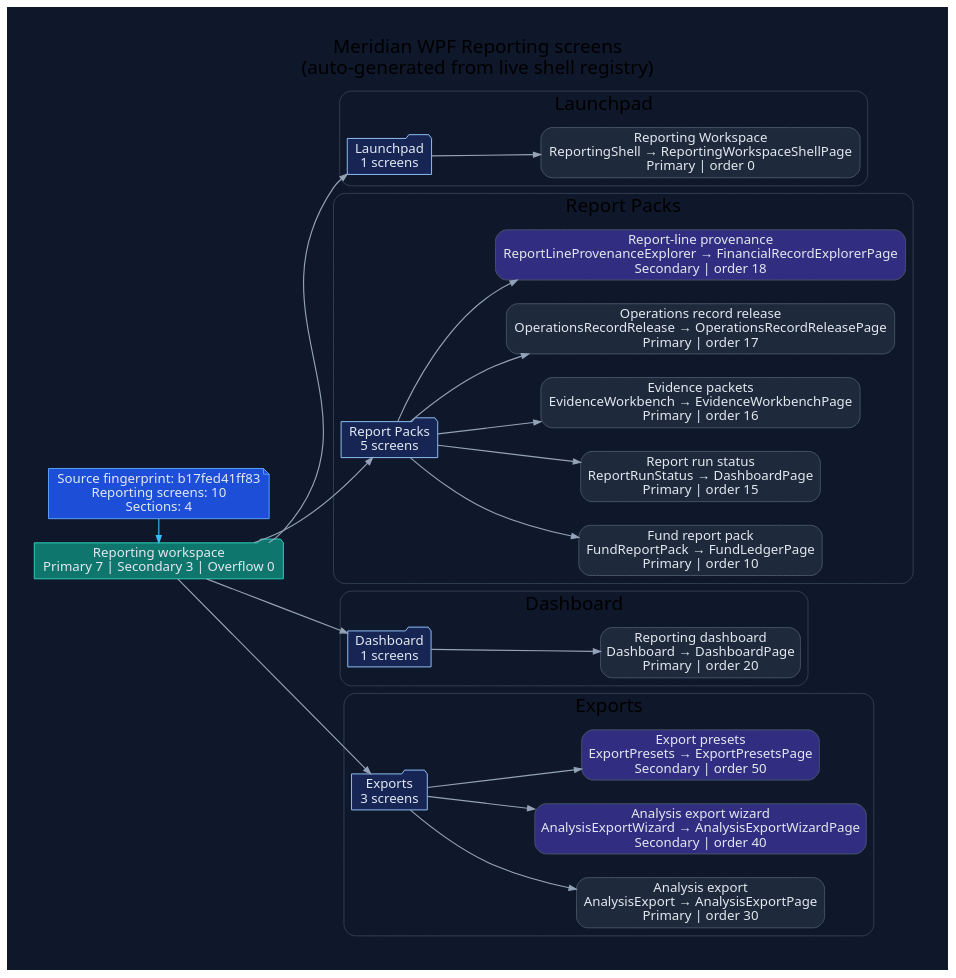
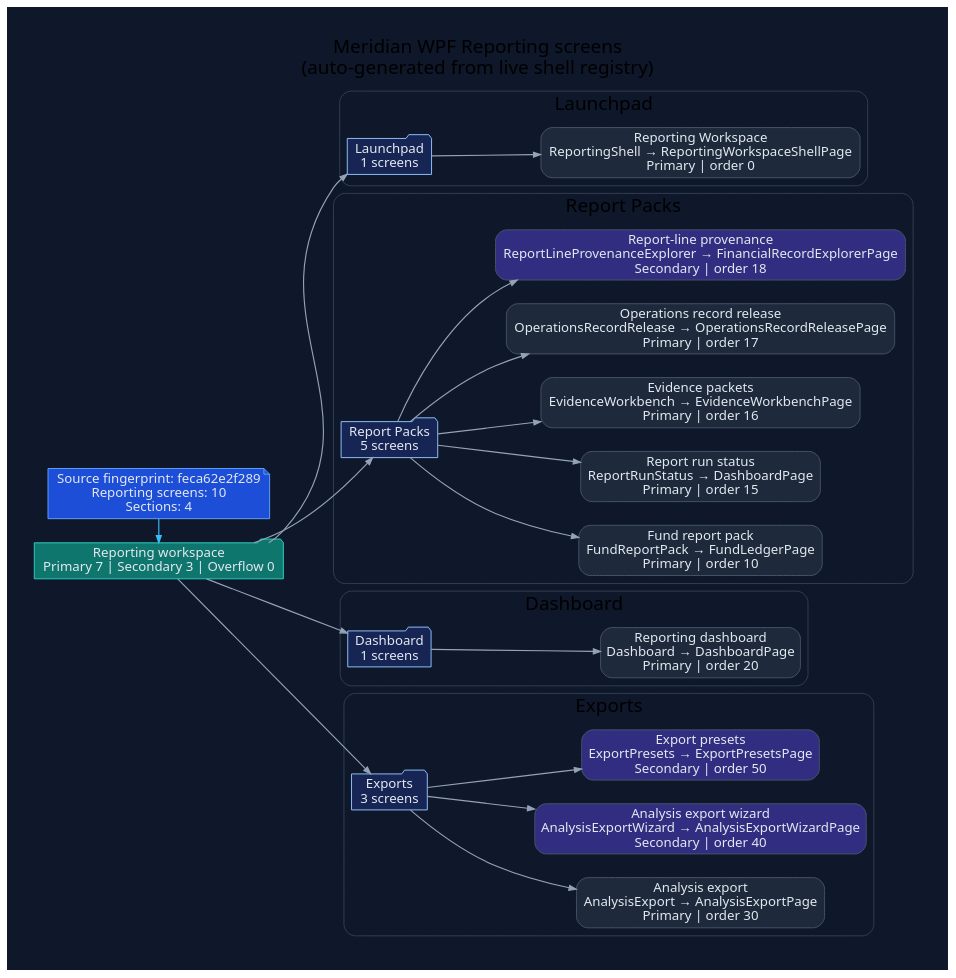
Before and after one commit to rodoHasArrived/Meridian-main: the diagram in docs/diagrams/ui/ui-wpf-screens-reporting.dot, drawn with Graphviz. The commit also changed 46 other files, not shown here.

Commit message:
Refresh generated lifecycle API documentation and diagrams

```diff
--- a/docs/diagrams/ui/ui-wpf-screens-reporting.dot
+++ b/docs/diagrams/ui/ui-wpf-screens-reporting.dot
@@ -1,78 +1,78 @@
 // -----------------------------------------------------------------------------
 // <auto-generated>
 // Generated by scripts/generate-diagrams.mjs.
 // Do not edit this file directly; update the WPF source files instead.
 // -----------------------------------------------------------------------------
 digraph WpfReportingScreens {
   graph [
     rankdir=LR,
     labelloc=t,
     label="Meridian WPF Reporting screens\n(auto-generated from live shell registry)",
     fontname="Segoe UI",
     fontsize=20,
     pad=0.4,
     nodesep=0.35,
     ranksep=0.85,
     bgcolor="#0f172a"
   ];
   node [fontname="Segoe UI", shape=box, style="rounded,filled", color="#475569", fontcolor="#e2e8f0", fillcolor="#1e293b"];
   edge [fontname="Segoe UI", color="#94a3b8", penwidth=1.2, arrowsize=0.75];
 
-  generated [shape=note, fillcolor="#1d4ed8", color="#60a5fa", label="Source fingerprint: b17fed41ff83\nReporting screens: 10\nSections: 4"];
+  generated [shape=note, fillcolor="#1d4ed8", color="#60a5fa", label="Source fingerprint: feca62e2f289\nReporting screens: 10\nSections: 4"];
   workspace [shape=folder, fillcolor="#0f766e", color="#2dd4bf", label="Reporting workspace\nPrimary 7 | Secondary 3 | Overflow 0"];
   generated -> workspace [color="#38bdf8"];
 
   subgraph cluster_section_1 {
     label="Launchpad";
     color="#334155";
     style="rounded";
     section_1 [shape=folder, fillcolor="#172554", color="#93c5fd", label="Launchpad\n1 screens"];
     workspace -> section_1;
     screen_ReportingShell [fillcolor="#1e293b", label="Reporting Workspace\nReportingShell → ReportingWorkspaceShellPage\nPrimary | order 0"];
     section_1 -> screen_ReportingShell;
   }
 
   subgraph cluster_section_2 {
     label="Report Packs";
     color="#334155";
     style="rounded";
     section_2 [shape=folder, fillcolor="#172554", color="#93c5fd", label="Report Packs\n5 screens"];
     workspace -> section_2;
     screen_FundReportPack [fillcolor="#1e293b", label="Fund report pack\nFundReportPack → FundLedgerPage\nPrimary | order 10"];
     section_2 -> screen_FundReportPack;
     screen_ReportRunStatus [fillcolor="#1e293b", label="Report run status\nReportRunStatus → DashboardPage\nPrimary | order 15"];
     section_2 -> screen_ReportRunStatus;
     screen_EvidenceWorkbench [fillcolor="#1e293b", label="Evidence packets\nEvidenceWorkbench → EvidenceWorkbenchPage\nPrimary | order 16"];
     section_2 -> screen_EvidenceWorkbench;
     screen_OperationsRecordRelease [fillcolor="#1e293b", label="Operations record release\nOperationsRecordRelease → OperationsRecordReleasePage\nPrimary | order 17"];
     section_2 -> screen_OperationsRecordRelease;
     screen_ReportLineProvenanceExplorer [fillcolor="#312e81", label="Report-line provenance\nReportLineProvenanceExplorer → FinancialRecordExplorerPage\nSecondary | order 18"];
     section_2 -> screen_ReportLineProvenanceExplorer;
   }
 
   subgraph cluster_section_3 {
     label="Dashboard";
     color="#334155";
     style="rounded";
     section_3 [shape=folder, fillcolor="#172554", color="#93c5fd", label="Dashboard\n1 screens"];
     workspace -> section_3;
     screen_Dashboard [fillcolor="#1e293b", label="Reporting dashboard\nDashboard → DashboardPage\nPrimary | order 20"];
     section_3 -> screen_Dashboard;
   }
 
   subgraph cluster_section_4 {
     label="Exports";
     color="#334155";
     style="rounded";
     section_4 [shape=folder, fillcolor="#172554", color="#93c5fd", label="Exports\n3 screens"];
     workspace -> section_4;
     screen_AnalysisExport [fillcolor="#1e293b", label="Analysis export\nAnalysisExport → AnalysisExportPage\nPrimary | order 30"];
     section_4 -> screen_AnalysisExport;
     screen_AnalysisExportWizard [fillcolor="#312e81", label="Analysis export wizard\nAnalysisExportWizard → AnalysisExportWizardPage\nSecondary | order 40"];
     section_4 -> screen_AnalysisExportWizard;
     screen_ExportPresets [fillcolor="#312e81", label="Export presets\nExportPresets → ExportPresetsPage\nSecondary | order 50"];
     section_4 -> screen_ExportPresets;
   }
 
   { rank=min; generated; workspace; }
 }
```
